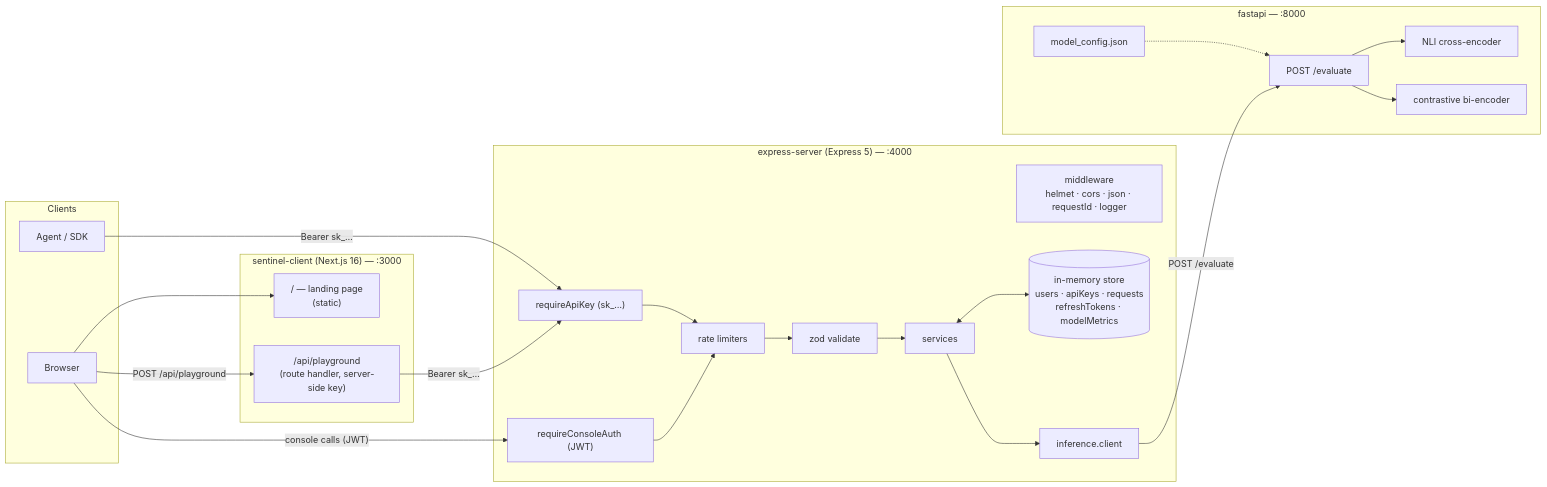
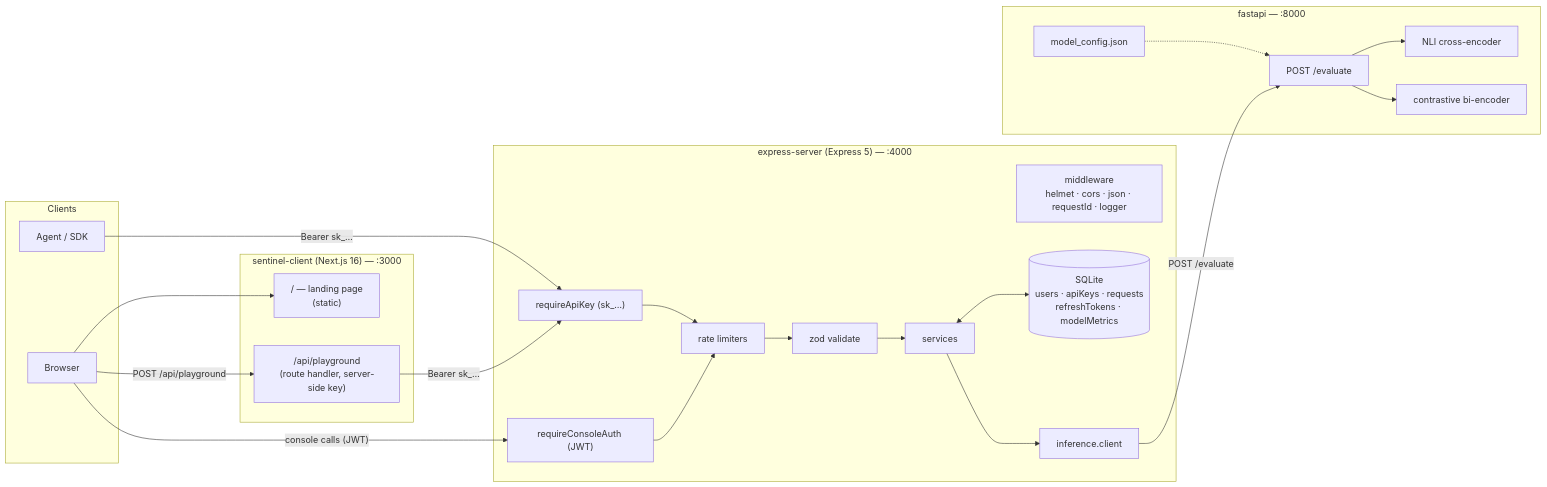
The first of 6 diagrams in ARCHITECTURE.md (MyselLDM/sentinel-tool), drawn with Mermaid before and after one commit. The commit also changed other lines of this file and 14 other files, not shown here.

Commit message:
express: sqlite rewrite, scrapped all in memory and supabase db

````diff
--- a/ARCHITECTURE.md
+++ b/ARCHITECTURE.md
@@ -77,45 +77,45 @@
 ```mermaid
 flowchart LR
   subgraph clients["Clients"]
     AG["Agent / SDK"]
     BR["Browser"]
   end
 
   subgraph next["sentinel-client (Next.js 16) — :3000"]
     LAND["/ — landing page<br/>(static)"]
     PGROUTE["/api/playground<br/>(route handler, server-side key)"]
   end
 
   subgraph gw["express-server (Express 5) — :4000"]
     MW["middleware<br/>helmet · cors · json · requestId · logger"]
     AUTHZ["requireConsoleAuth (JWT)"]
     APIKEY["requireApiKey (sk_…)"]
     RATE["rate limiters"]
     VAL["zod validate"]
     SVC["services"]
-    STORE[("in-memory store<br/>users · apiKeys · requests<br/>refreshTokens · modelMetrics")]
+    STORE[("SQLite<br/>users · apiKeys · requests<br/>refreshTokens · modelMetrics")]
     INF["inference.client"]
   end
 
   subgraph inf["fastapi — :8000"]
     EVAL["POST /evaluate"]
     NLI["NLI cross-encoder"]
     CON["contrastive bi-encoder"]
     CFG["model_config.json"]
   end
 
   BR --> LAND
   BR -->|"POST /api/playground"| PGROUTE
   PGROUTE -->|"Bearer sk_…"| APIKEY
   AG -->|"Bearer sk_…"| APIKEY
   BR -->|"console calls (JWT)"| AUTHZ
 
   APIKEY --> RATE --> VAL --> SVC
   AUTHZ --> RATE
   SVC <--> STORE
   SVC --> INF
   INF -->|"POST /evaluate"| EVAL
   EVAL --> NLI
   EVAL --> CON
   CFG -.-> EVAL
 ```
````
